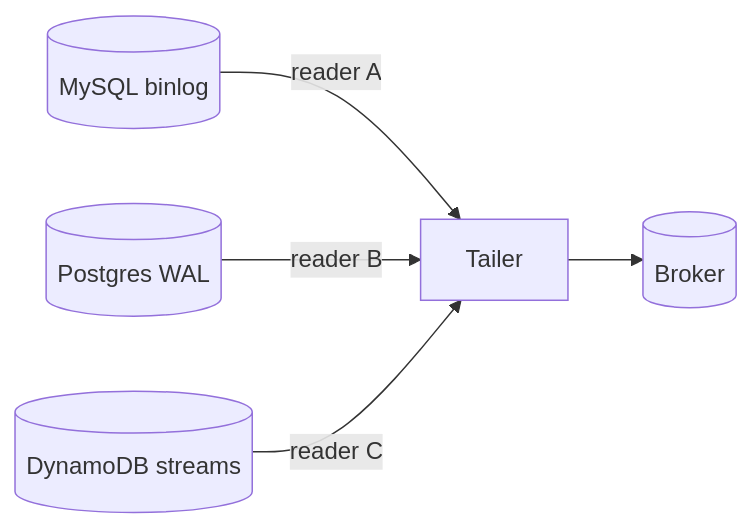
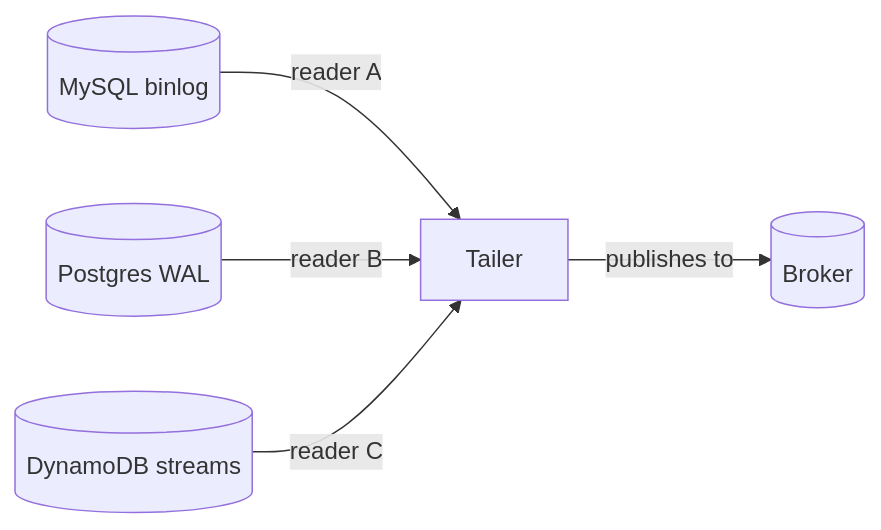
Diagram 12 of 13 in docs/ch13-transaction-log-tailing.md (vinayakuber/microservices-io-study-guide), drawn with Mermaid before and after one commit. The commit also changed other lines of this file and 71 other files, not shown here.

First line of the commit message:
R18: label every diagram arrow with its meaning

````diff
--- a/docs/ch13-transaction-log-tailing.md
+++ b/docs/ch13-transaction-log-tailing.md
@@ -417,7 +417,7 @@
 ```mermaid
 flowchart LR
   MY[("MySQL binlog")] -->|reader A| TLR["Tailer"]
   PG[("Postgres WAL")] -->|reader B| TLR
   DD[("DynamoDB streams")] -->|reader C| TLR
-  TLR --> BRK[("Broker")]
+  TLR -->|"publishes to"| BRK[("Broker")]
 ```
````
